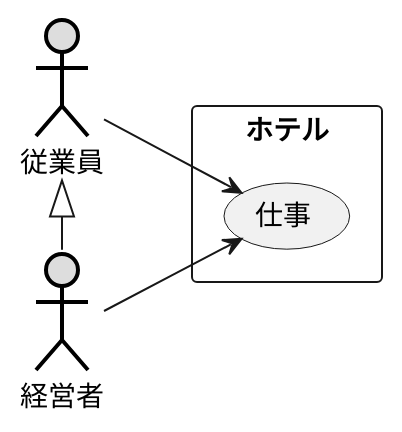
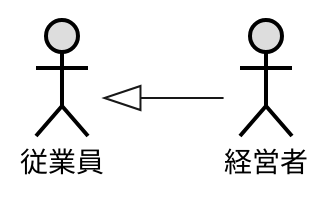
The diagram in 演習2-2_ホテル従業員.pu (Tackey-11/uml-intro), drawn with PlantUML before and after one commit.

```diff
--- a/演習2-2_ホテル従業員.pu
+++ b/演習2-2_ホテル従業員.pu
@@ -1,15 +1,10 @@
 @startuml ユースケース図
 left to right direction
 
 actor 従業員#DDDDDD;line:black;line.bold;
 actor 経営者#DDDDDD;line:black;line.bold;
 
-rectangle ホテル {
-usecase 仕事
-}
 
-従業員 --> 仕事
-経営者 --> 仕事
 
-従業員<|- 経営者
+従業員<|--経営者
 @enduml
```
